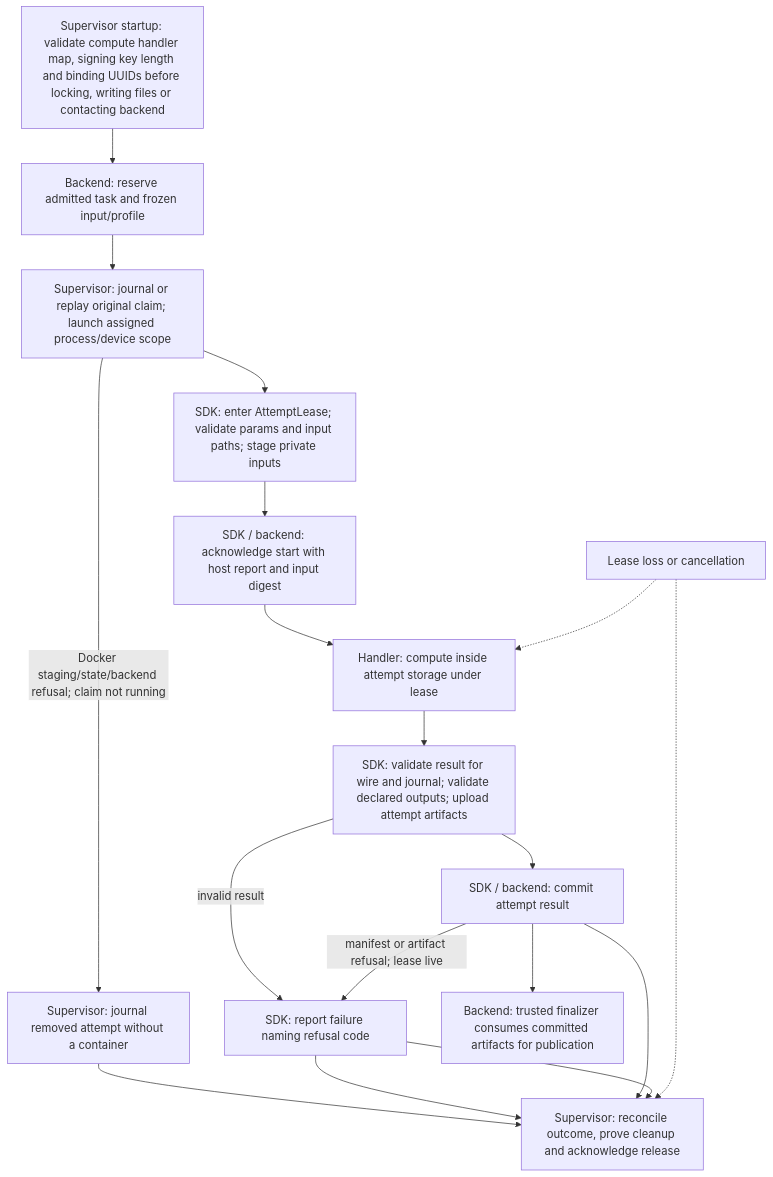
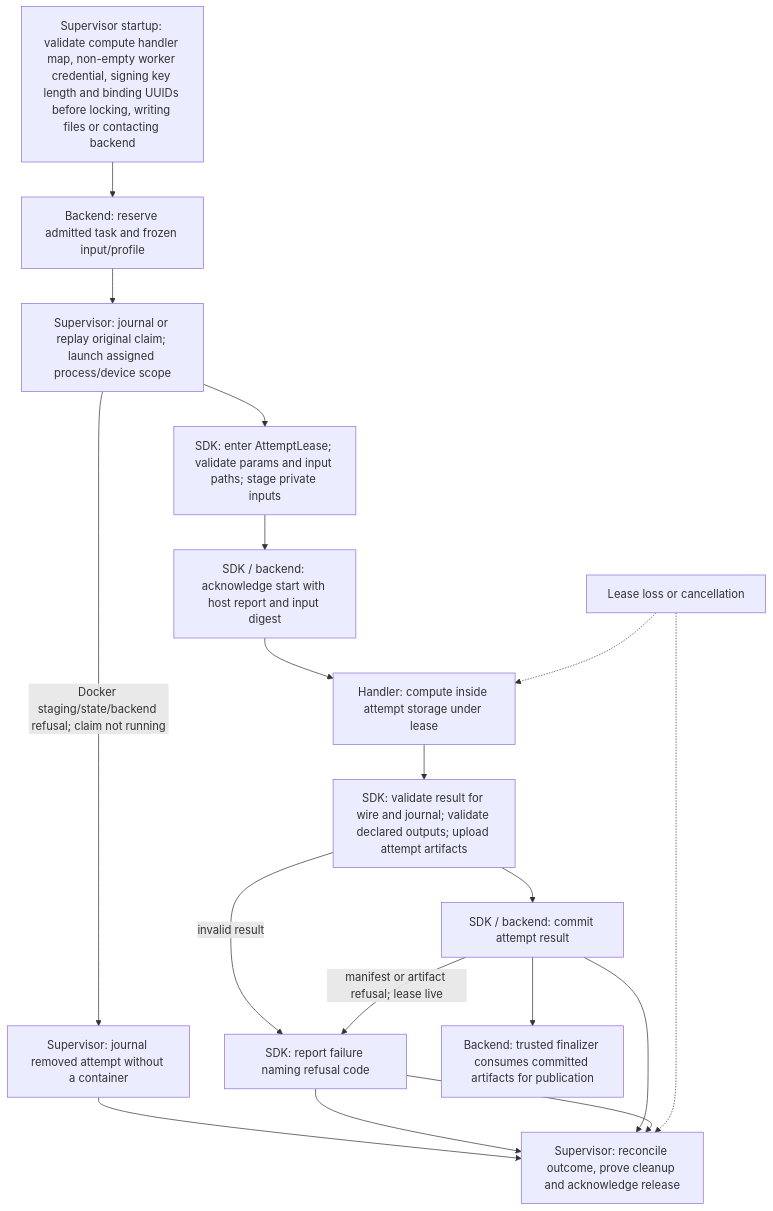
One commit to SyngularXR/task-worker-api changed the second of 2 diagrams in docs/fleet/workflow-standard.md. Above: the diagram before and after it, drawn with Mermaid. The commit also changed other lines of this file and 2 other files, not shown here.

Commit message:
fix: reject empty supervisor credentials before startup state writes (#206)

````diff
--- a/docs/fleet/workflow-standard.md
+++ b/docs/fleet/workflow-standard.md
@@ -101,20 +101,20 @@
 ```mermaid
 flowchart TD
-    config["Supervisor startup: validate compute handler map, signing key length and binding UUIDs before locking, writing files or contacting backend"] --> backend["Backend: reserve admitted task and frozen input/profile"]
+    config["Supervisor startup: validate compute handler map, non-empty worker credential, signing key length and binding UUIDs before locking, writing files or contacting backend"] --> backend["Backend: reserve admitted task and frozen input/profile"]
     backend --> supervisor["Supervisor: journal or replay original claim; launch assigned process/device scope"]
     supervisor --> stage["SDK: enter AttemptLease; validate params and input paths; stage private inputs"]
     supervisor -->|Docker staging/state/backend refusal; claim not running| refused["Supervisor: journal removed attempt without a container"]
     refused --> reconcile
     stage --> start["SDK / backend: acknowledge start with host report and input digest"]
     start --> handler["Handler: compute inside attempt storage under lease"]
     handler --> outputs["SDK: validate result for wire and journal; validate declared outputs; upload attempt artifacts"]
     outputs --> commit["SDK / backend: commit attempt result"]
     outputs -->|invalid result| failure["SDK: report failure while started attempt lease is live"]
     failure --> reconcile
     commit --> reconcile["Supervisor: reconcile outcome, prove cleanup and acknowledge release"]
     commit -->|manifest or artifact refusal; lease live| failure["SDK: report failure naming refusal code"]
     failure --> reconcile
     commit --> finalizer["Backend: trusted finalizer consumes committed artifacts for publication"]
     cancel["Lease loss or cancellation"] -.-> handler
     cancel -.-> reconcile
 ```
````
